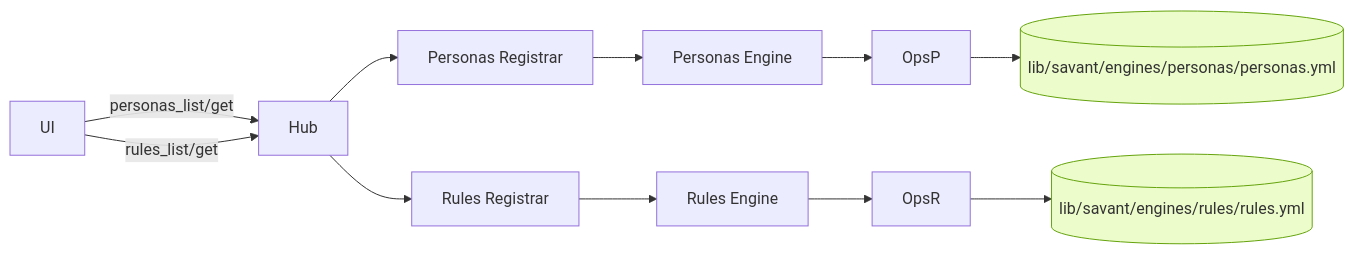
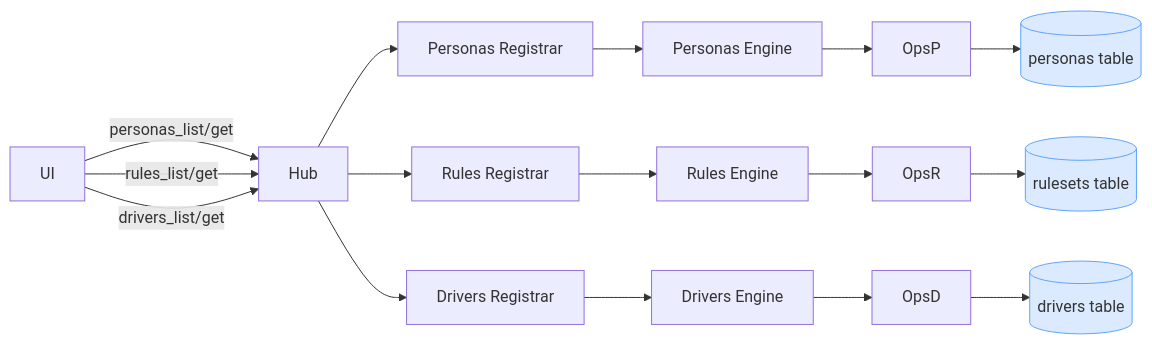
Before and after one commit to ashabbir/savant: the sixth of 8 diagrams in memory_bank/architecture.md, drawn with Mermaid. The commit also changed other lines of this file and 68 other files, not shown here.

````diff
--- a/memory_bank/architecture.md
+++ b/memory_bank/architecture.md
@@ -174,11 +199,11 @@
 ```mermaid
 flowchart LR
-  UI -->|personas_list/get| Hub --> RegP[Personas Registrar] --> EngP[Personas Engine] --> OpsP
-  OpsP --> YAML1[(lib/savant/engines/personas/personas.yml)]
+  UI -->|personas_list/get| Hub --> RegP[Personas Registrar] --> EngP[Personas Engine] --> OpsP --> DBP[(personas table)]
 
-  UI -->|rules_list/get| Hub --> RegR[Rules Registrar] --> EngR[Rules Engine] --> OpsR
-  OpsR --> YAML2[(lib/savant/engines/rules/rules.yml)]
+  UI -->|rules_list/get| Hub --> RegR[Rules Registrar] --> EngR[Rules Engine] --> OpsR --> DBR[(rulesets table)]
 
-  classDef yaml fill:#ecfccb,stroke:#65a30d
-  class YAML1,YAML2 yaml
+  UI -->|drivers_list/get| Hub --> RegD[Drivers Registrar] --> EngD[Drivers Engine] --> OpsD --> DBD[(drivers table)]
+
+  classDef db fill:#dbeafe,stroke:#60a5fa
+  class DBP,DBR,DBD db
 ```
````
